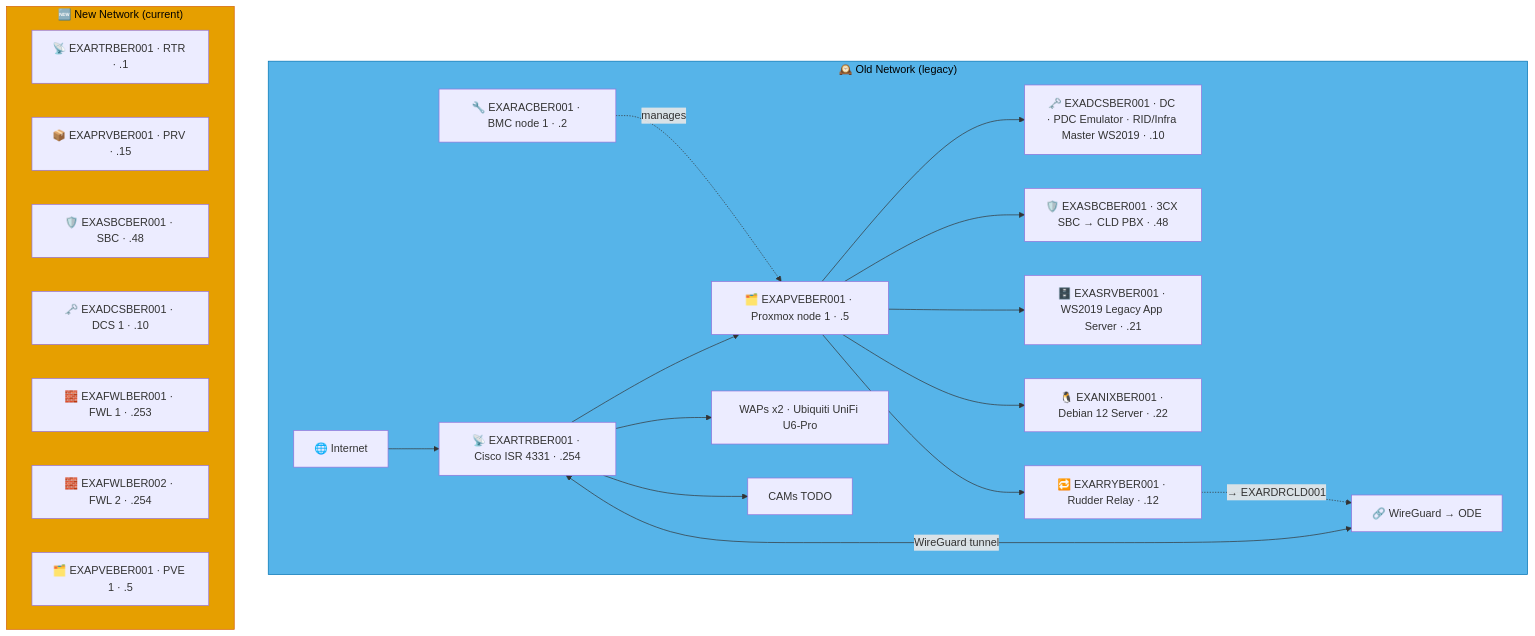
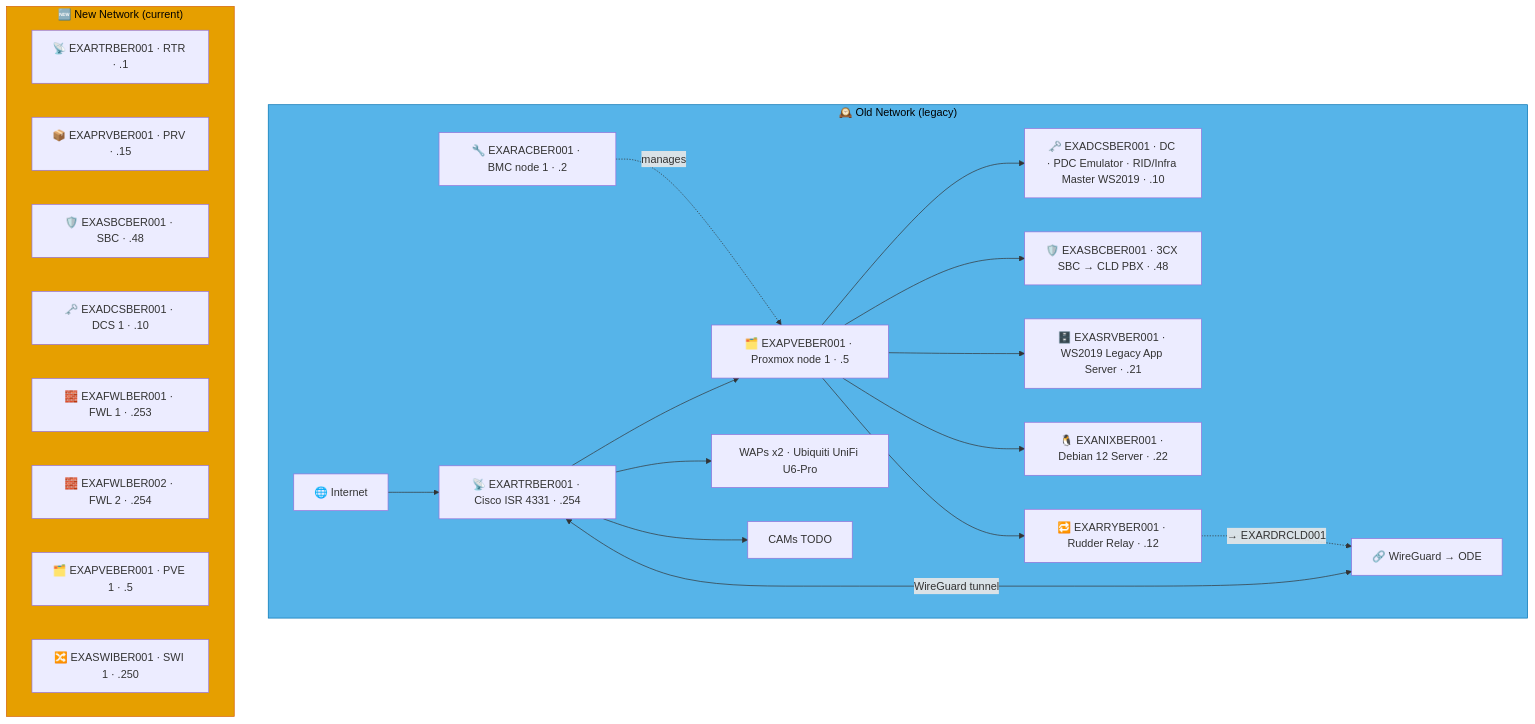
The second of 5 diagrams in docs/network-diagram/deutschland.md (knightmare2600/example_music_infra), drawn with Mermaid before and after one commit. The commit also changed other lines of this file and 12 other files, not shown here.

````diff
--- a/docs/network-diagram/deutschland.md
+++ b/docs/network-diagram/deutschland.md
@@ -78,38 +78,39 @@
 ```mermaid
 graph TD
     subgraph OLD_BER ["🕰️ Old Network (legacy)"]
       INET["🌐 Internet"]
       RTR["📡 EXARTRBER001 · Cisco ISR 4331 · .254"]
       RAC["🔧 EXARACBER001 · BMC node 1 · .2"]
       PVE["🗂️ EXAPVEBER001 · Proxmox node 1 · .5"]
       DC["🗝️ EXADCSBER001 · DC · PDC Emulator · RID/Infra Master WS2019 · .10"]
       SBC["🛡️ EXASBCBER001 · 3CX SBC → CLD PBX · .48"]
       RRY["🔁 EXARRYBER001 · Rudder Relay · .12"]
       SRV["🗄️ EXASRVBER001 · WS2019 Legacy App Server · .21"]
       NIX["🐧 EXANIXBER001 · Debian 12 Server · .22"]
       WAP["WAPs x2 · Ubiquiti UniFi U6-Pro"]
       CAM["CAMs TODO"]
       VPN["🔗 WireGuard → ODE"]
 
       INET --> RTR --> PVE --> DC & SBC & SRV & NIX
       RAC -.->|"manages"| PVE
       RTR --> WAP & CAM
       RTR <-->|"WireGuard tunnel"| VPN
 
       PVE --> RRY
       RRY -. "→ EXARDRCLD001" .-> VPN
     end
     style OLD_BER fill:#56B4E9,stroke:#0072B2,color:#000000
     %% GENERATED:NEW-NETWORK:BER:START
     subgraph NEW_BER ["🆕 New Network (current)"]
       N_RTR["📡 EXARTRBER001 · RTR · .1"]
       N_PRV["📦 EXAPRVBER001 · PRV · .15"]
       N_SBC["🛡️ EXASBCBER001 · SBC · .48"]
       N_DCS["🗝️ EXADCSBER001 · DCS 1 · .10"]
       N_FWL["🧱 EXAFWLBER001 · FWL 1 · .253"]
       N_FWL2["🧱 EXAFWLBER002 · FWL 2 · .254"]
       N_PVE["🗂️ EXAPVEBER001 · PVE 1 · .5"]
+      N_SWI["🔀 EXASWIBER001 · SWI 1 · .250"]
     end
     style NEW_BER fill:#E69F00,stroke:#D55E00,color:#000000
     %% GENERATED:NEW-NETWORK:BER:END
 ```
````
